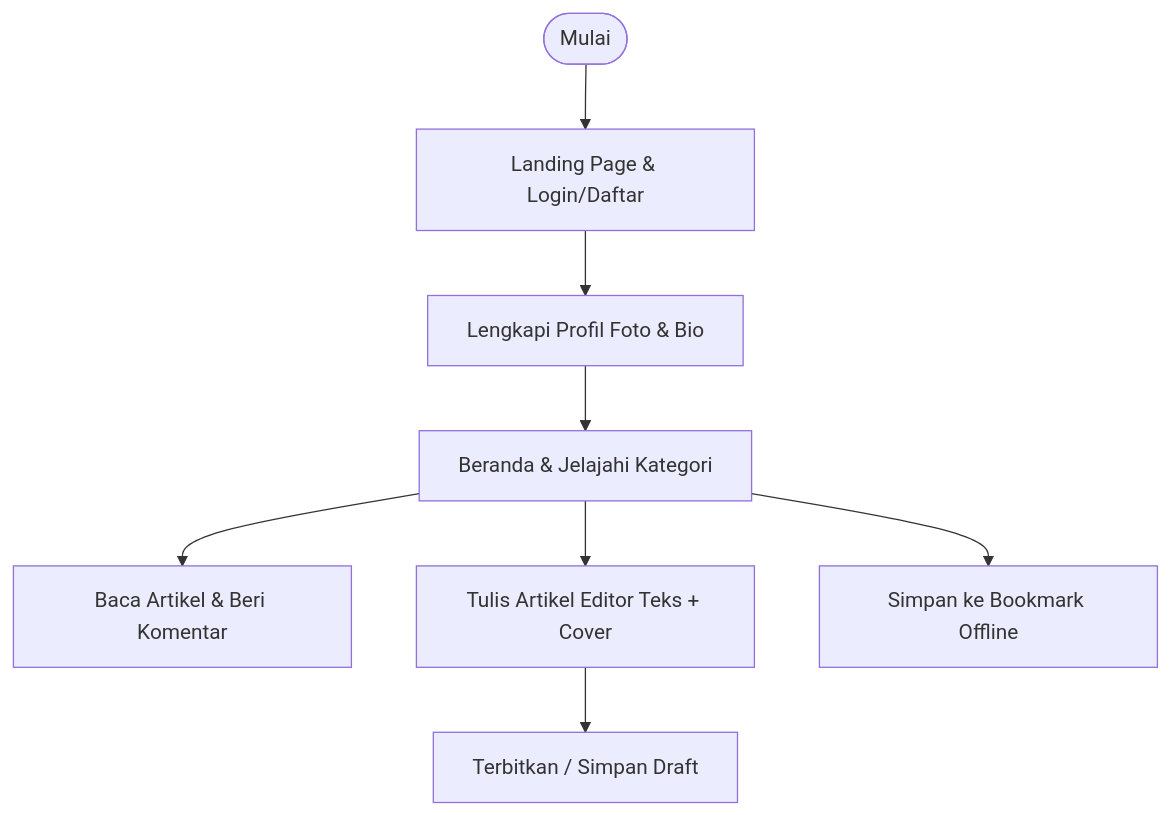
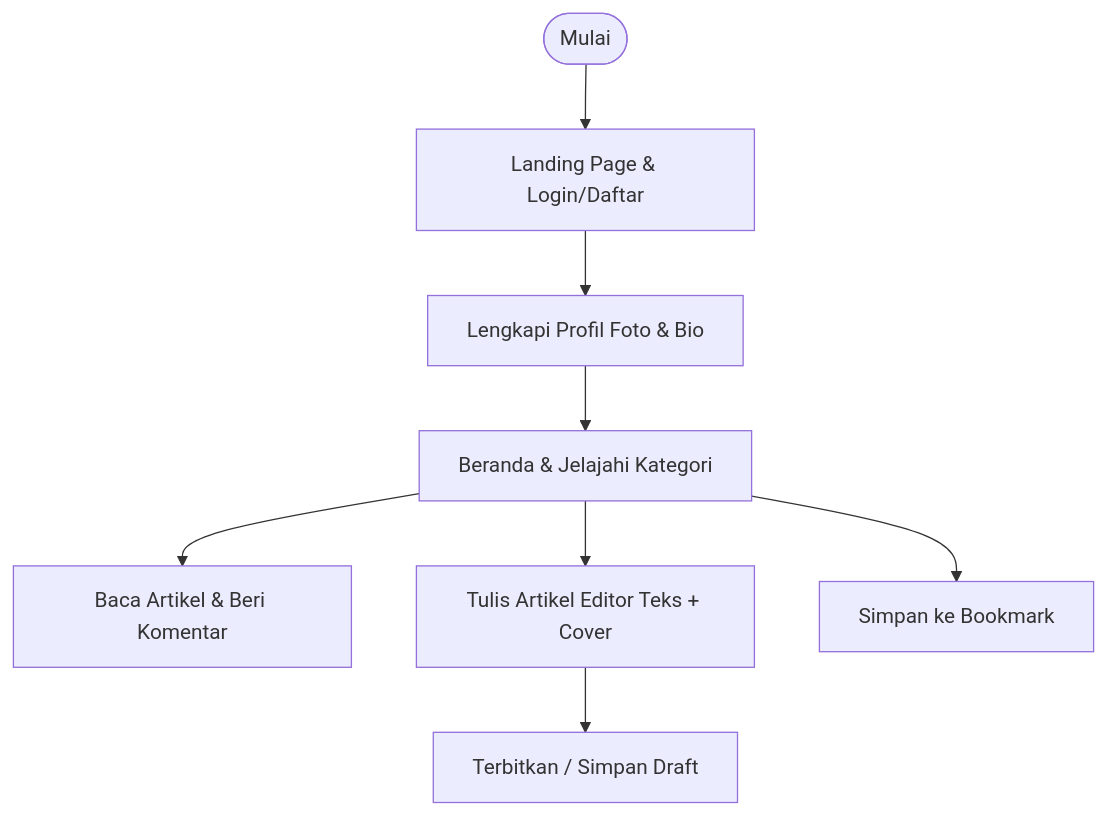
Before and after one commit to solHeathcliff/Nulisin: the diagram in README.md, drawn with Mermaid. The commit also changed other lines of this file, not shown here.

````diff
--- a/README.md
+++ b/README.md
@@ -91,10 +97,10 @@
 ```mermaid
 flowchart TD
     A([Mulai]) --> B[Landing Page & Login/Daftar]
     B --> C[Lengkapi Profil Foto & Bio]
     C --> D[Beranda & Jelajahi Kategori]
     D --> E[Baca Artikel & Beri Komentar]
     D --> F[Tulis Artikel Editor Teks + Cover]
     F --> G[Terbitkan / Simpan Draft]
-    D --> H[Simpan ke Bookmark Offline]
+    D --> H[Simpan ke Bookmark ]
 ```
````
